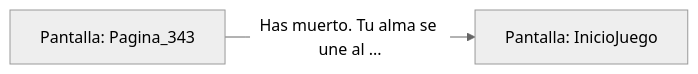
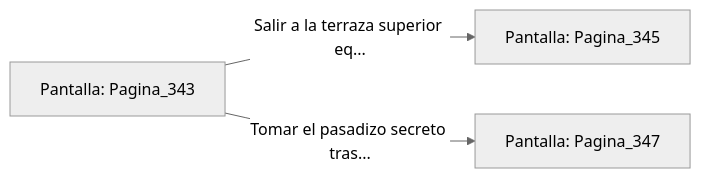
The diagram in sample/eligejuego-vault/Pantalla_Pagina_343.md (metsuke/mpl), drawn with Mermaid (neutral theme) before and after one commit. The commit also changed other lines of this file and 635 other files, not shown here.

First line of the commit message:
fix: añadir Pagina_1 como pantalla inicial en capitulo_01.mpl

````diff
--- a/sample/eligejuego-vault/Pantalla_Pagina_343.md
+++ b/sample/eligejuego-vault/Pantalla_Pagina_343.md
@@ -17,5 +24,6 @@
 ```mermaid
 graph LR
     P_Pagina_343["Pantalla: Pagina_343"]
-    P_Pagina_343 -->|"Has muerto. Tu alma se une al ..."| P_InicioJuego["Pantalla: InicioJuego"]
+    P_Pagina_343 -->|"Salir a la terraza superior eq..."| P_Pagina_345["Pantalla: Pagina_345"]
+    P_Pagina_343 -->|"Tomar el pasadizo secreto tras..."| P_Pagina_347["Pantalla: Pagina_347"]
 ```
````
